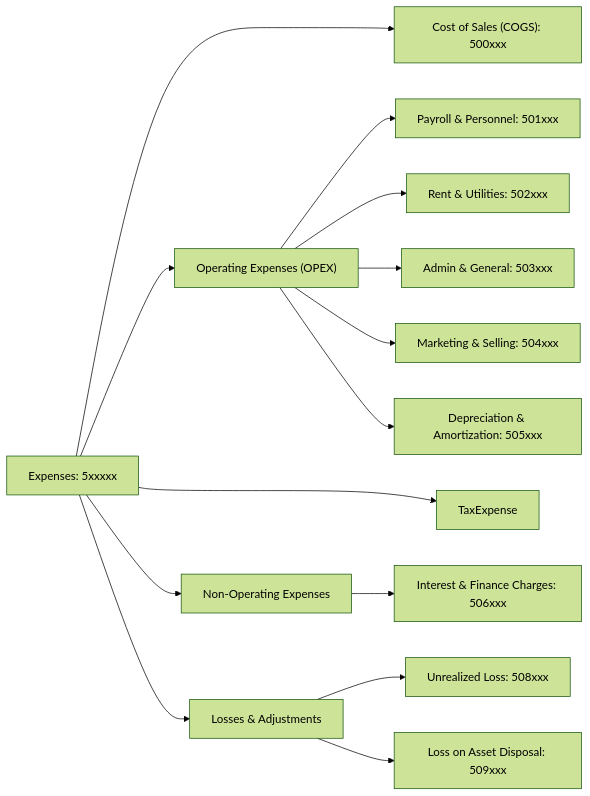
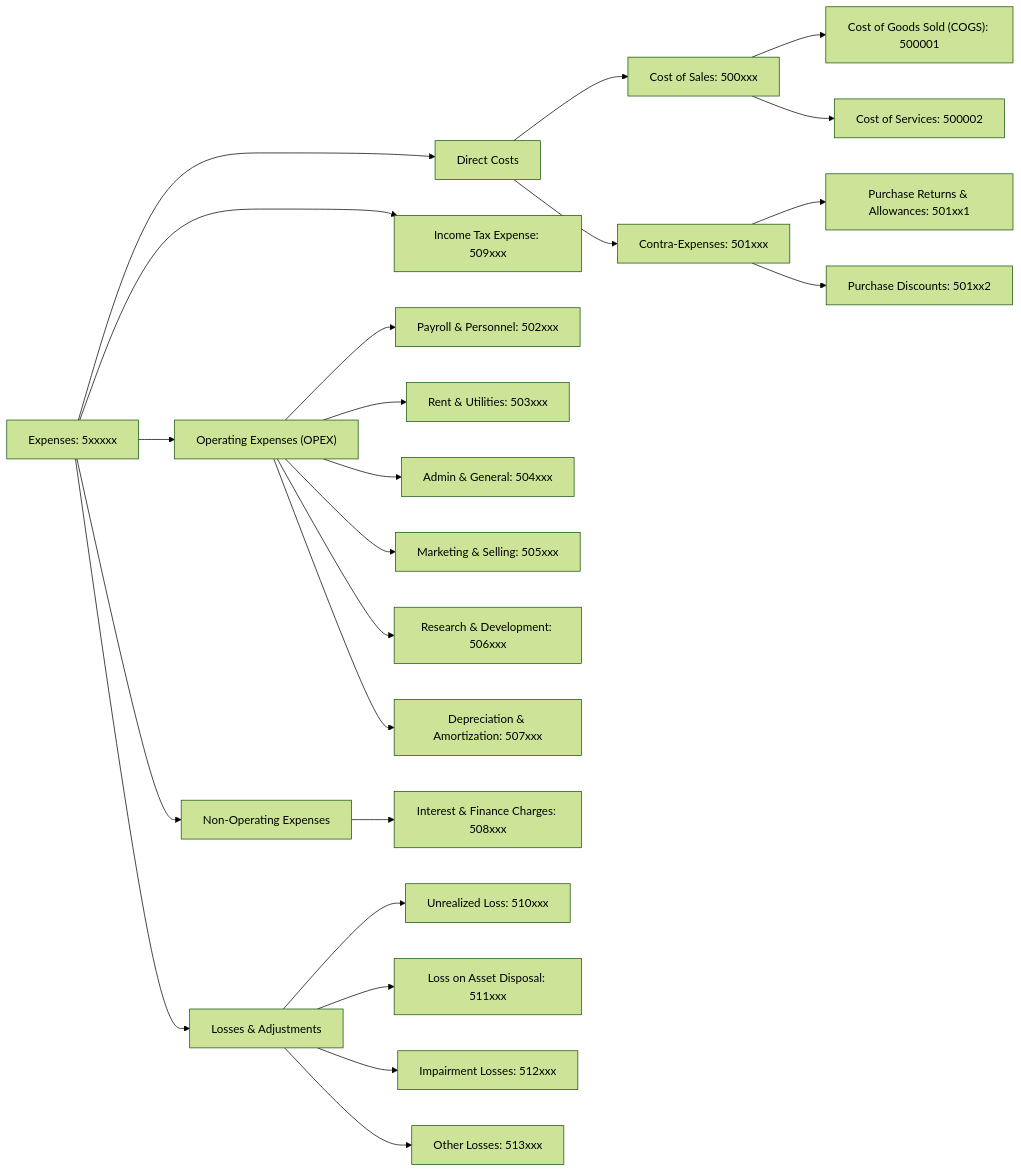
Before and after one commit to oosahon/ledgernova-core: the diagram in src/domain/accounting/__doc__/assets/coa-expenses.mermaid, drawn with Mermaid (forest theme). The commit also changed 25 other files, not shown here.

```diff
--- a/src/domain/accounting/__doc__/assets/coa-expenses.mermaid
+++ b/src/domain/accounting/__doc__/assets/coa-expenses.mermaid
@@ -1,27 +1,34 @@
 flowchart LR
     Expenses["Expenses: 5xxxxx"]
-    Expenses --> DirectCosts & OperatingExpenses & NonOperatingExpenses  & TaxExpense & Losses
+    Expenses --> DirectCosts & OperatingExpenses & NonOperatingExpenses & TaxExpense & Losses
 
-    DirectCosts["Cost of Sales (COGS): 500xxx"]
+    DirectCosts["Direct Costs"]
+        DirectCosts --> CostOfSales["Cost of Sales: 500xxx"]
+        CostOfSales --> COGS["Cost of Goods Sold (COGS): 500001"]
+        CostOfSales --> COS["Cost of Services: 500002"]
+
+        DirectCosts --> ContraExpenses["Contra-Expenses: 501xxx"]
+        ContraExpenses --> PurchaseReturns["Purchase Returns & Allowances: 501xx1"]
+        ContraExpenses --> PurchaseDiscounts["Purchase Discounts: 501xx2"]
     
     OperatingExpenses["Operating Expenses (OPEX)"]
-        OperatingExpenses --> PayrollAndPersonnel["Payroll & Personnel: 501xxx"] 
-       
-            
-        OperatingExpenses --> RentUtilities["Rent & Utilities: 502xxx"]
-        OperatingExpenses --> AdminGeneral["Admin & General: 503xxx"]
-        OperatingExpenses --> MarketingSelling["Marketing & Selling: 504xxx"]
-        OperatingExpenses --> Depreciation["Depreciation & Amortization: 505xxx"]
+        OperatingExpenses --> PayrollAndPersonnel["Payroll & Personnel: 502xxx"] 
+        OperatingExpenses --> RentUtilities["Rent & Utilities: 503xxx"]
+        OperatingExpenses --> AdminGeneral["Admin & General: 504xxx"]
+        OperatingExpenses --> MarketingSelling["Marketing & Selling: 505xxx"]
+        OperatingExpenses --> ResearchDevelopment["Research & Development: 506xxx"]
+        OperatingExpenses --> Depreciation["Depreciation & Amortization: 507xxx"]
             
     NonOperatingExpenses["Non-Operating Expenses"]
-        NonOperatingExpenses --> FinanceCosts["Interest & Finance Charges: 506xxx"]
+        NonOperatingExpenses --> FinanceCosts["Interest & Finance Charges: 508xxx"]
 
-
+    TaxExpense["Income Tax Expense: 509xxx"]
 
     Losses["Losses & Adjustments"]
-        Losses --> UnrealizedLoss["Unrealized Loss: 508xxx"]
-        Losses --> AssetDisposal["Loss on Asset Disposal: 509xxx"]
-
+        Losses --> UnrealizedLoss["Unrealized Loss: 510xxx"]
+        Losses --> AssetDisposal["Loss on Asset Disposal: 511xxx"]
+        Losses --> ImpairmentLoss["Impairment Losses: 512xxx"]
+        Losses --> OtherLosses["Other Losses: 513xxx"]
 
      %% For positioning
     OperatingExpenses ~~~ DirectCosts & TaxExpense
```
